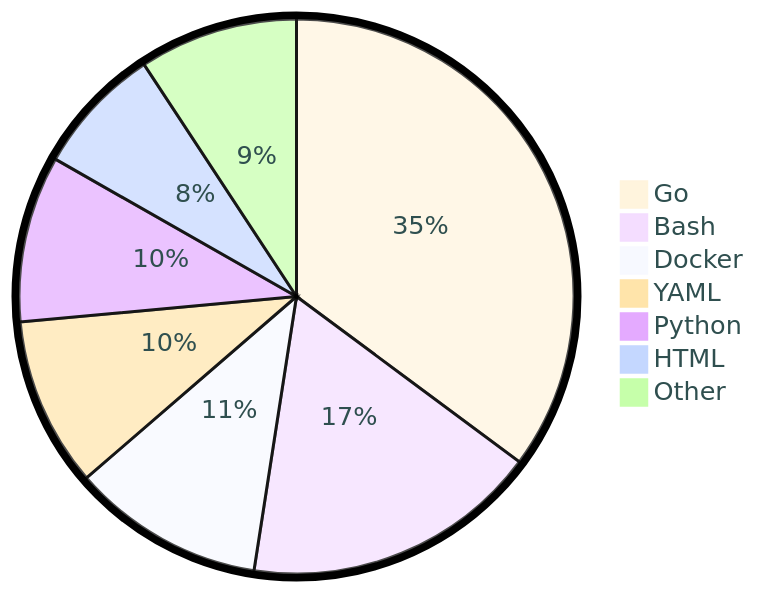
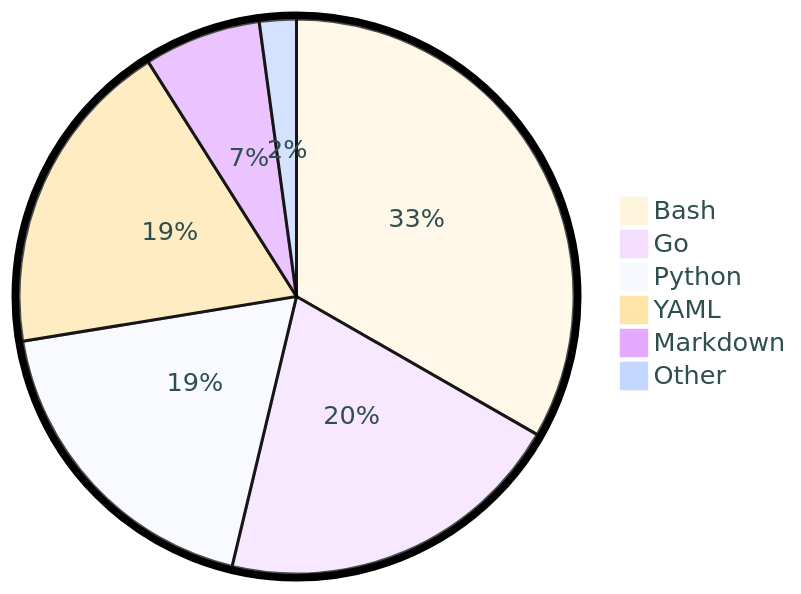
The diagram in README.md (tot0p/tot0p), drawn with Mermaid before and after one commit. The commit also changed other lines of this file, not shown here.

````diff
--- a/README.md
+++ b/README.md
@@ -81,11 +75,10 @@
 ```mermaid
 %%{init: {"pie": {"textPosition": 0.5}, "themeVariables": {"pieOuterStrokeWidth": "5px","primaryTextColor" : "#2F4F4F"},"theme":"base"} }%%
 pie
-	"Go": 35.16
-	"Bash": 17.29
-	"Docker": 11.21
-	"YAML": 9.88
-	"Python": 9.7
-	"HTML": 7.51
-	"Other": 9.25
+	"Bash": 33.29
+	"Go": 20.44
+	"Python": 18.69
+	"YAML": 18.61
+	"Markdown": 6.82
+	"Other": 2.15
 ```
````
